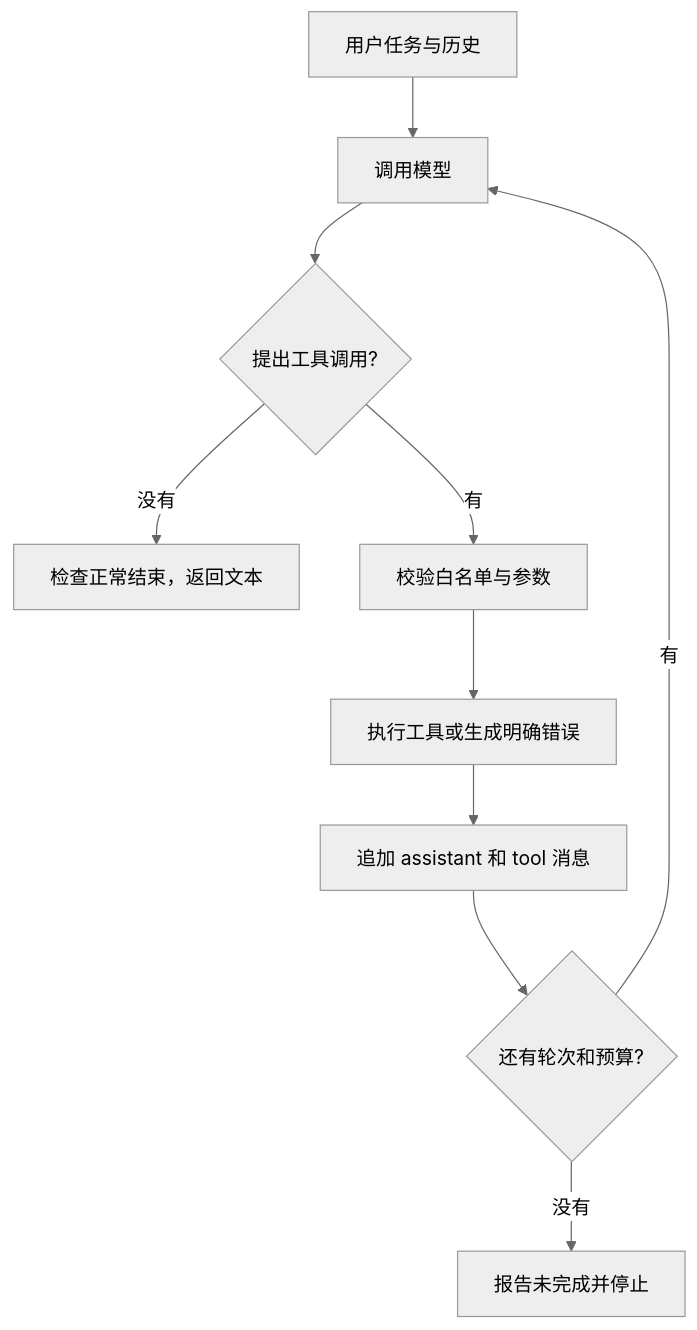
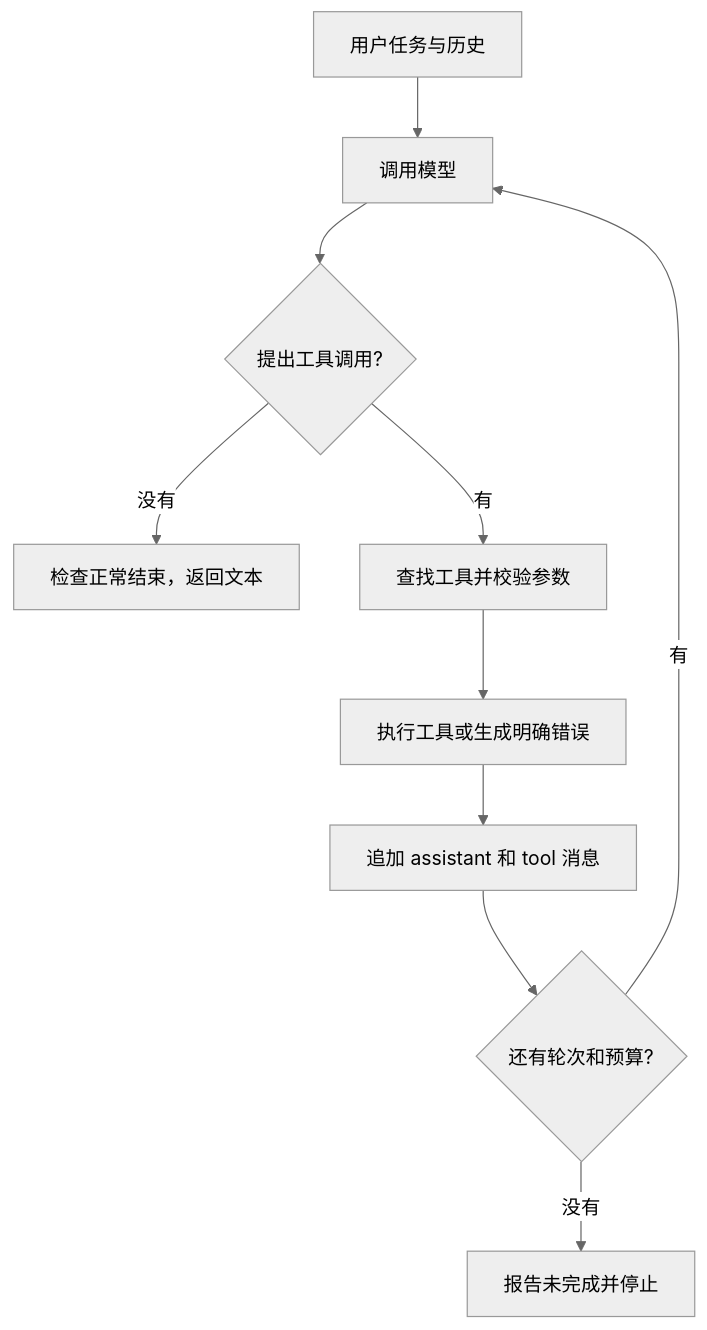
One commit to wangying713/myagent changed the diagram in doc/lessons/03-agent-loop.md. Above: the diagram before and after it, drawn with Mermaid (neutral theme). The commit also changed other lines of this file and 14 other files, not shown here.

````diff
--- a/doc/lessons/03-agent-loop.md
+++ b/doc/lessons/03-agent-loop.md
@@ -100,12 +97,12 @@
 ```mermaid
 flowchart TD
     A[用户任务与历史] --> B[调用模型]
     B --> C{提出工具调用?}
     C -->|没有| D[检查正常结束，返回文本]
-    C -->|有| E[校验白名单与参数]
+    C -->|有| E[查找工具并校验参数]
     E --> F[执行工具或生成明确错误]
     F --> G[追加 assistant 和 tool 消息]
     G --> H{还有轮次和预算?}
     H -->|有| B
     H -->|没有| I[报告未完成并停止]
 ```
````
